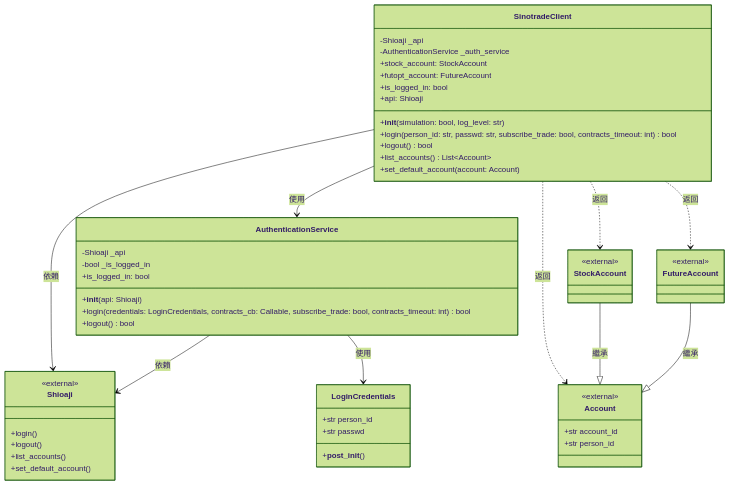
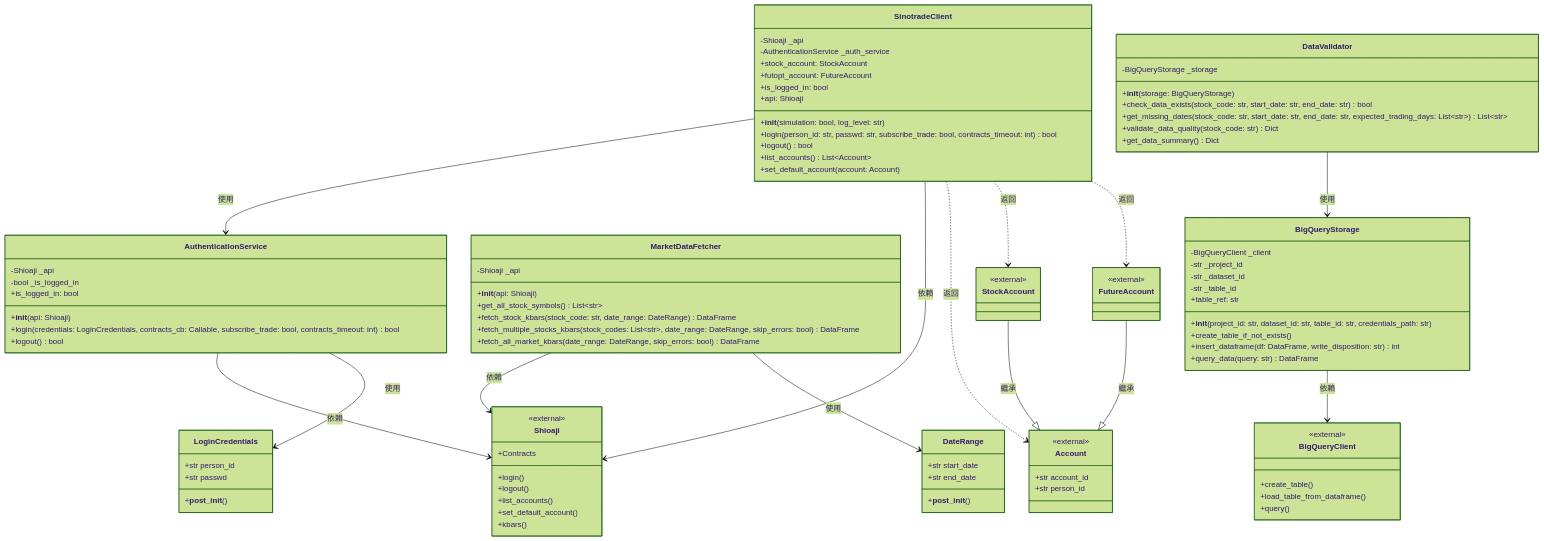
Before and after one commit to wu02067602/sample-trading: the diagram in 類別圖.md, drawn with Mermaid (forest theme). The commit also changed other lines of this file and 5 other files, not shown here.

First line of the commit message:
feat: 新增市場資料抓取與 BigQuery 整合功能

````diff
--- a/類別圖.md
+++ b/類別圖.md
@@ -33,12 +33,57 @@
         +api: Shioaji
     }
     
+    class DateRange {
+        +str start_date
+        +str end_date
+        +__post_init__()
+    }
+    
+    class MarketDataFetcher {
+        -Shioaji _api
+        +__init__(api: Shioaji)
+        +get_all_stock_symbols() List~str~
+        +fetch_stock_kbars(stock_code: str, date_range: DateRange) DataFrame
+        +fetch_multiple_stocks_kbars(stock_codes: List~str~, date_range: DateRange, skip_errors: bool) DataFrame
+        +fetch_all_market_kbars(date_range: DateRange, skip_errors: bool) DataFrame
+    }
+    
+    class BigQueryStorage {
+        -BigQueryClient _client
+        -str _project_id
+        -str _dataset_id
+        -str _table_id
+        +__init__(project_id: str, dataset_id: str, table_id: str, credentials_path: str)
+        +table_ref: str
+        +create_table_if_not_exists()
+        +insert_dataframe(df: DataFrame, write_disposition: str) int
+        +query_data(query: str) DataFrame
+    }
+    
+    class DataValidator {
+        -BigQueryStorage _storage
+        +__init__(storage: BigQueryStorage)
+        +check_data_exists(stock_code: str, start_date: str, end_date: str) bool
+        +get_missing_dates(stock_code: str, start_date: str, end_date: str, expected_trading_days: List~str~) List~str~
+        +validate_data_quality(stock_code: str) Dict
+        +get_data_summary() Dict
+    }
+    
     class Shioaji {
         <<external>>
         +login()
         +logout()
         +list_accounts()
         +set_default_account()
+        +kbars()
+        +Contracts
+    }
+    
+    class BigQueryClient {
+        <<external>>
+        +create_table()
+        +load_table_from_dataframe()
+        +query()
     }
     
     class Account {
@@ -55,6 +100,7 @@
         <<external>>
     }
     
+    %% 認證模組關係
     SinotradeClient --> AuthenticationService : 使用
     SinotradeClient --> Shioaji : 依賴
     AuthenticationService --> Shioaji : 依賴
@@ -64,4 +110,12 @@
     SinotradeClient ..> FutureAccount : 返回
     StockAccount --|> Account : 繼承
     FutureAccount --|> Account : 繼承
+    
+    %% 市場資料模組關係
+    MarketDataFetcher --> Shioaji : 依賴
+    MarketDataFetcher --> DateRange : 使用
+    
+    %% BigQuery 模組關係
+    BigQueryStorage --> BigQueryClient : 依賴
+    DataValidator --> BigQueryStorage : 使用
 ```
````
